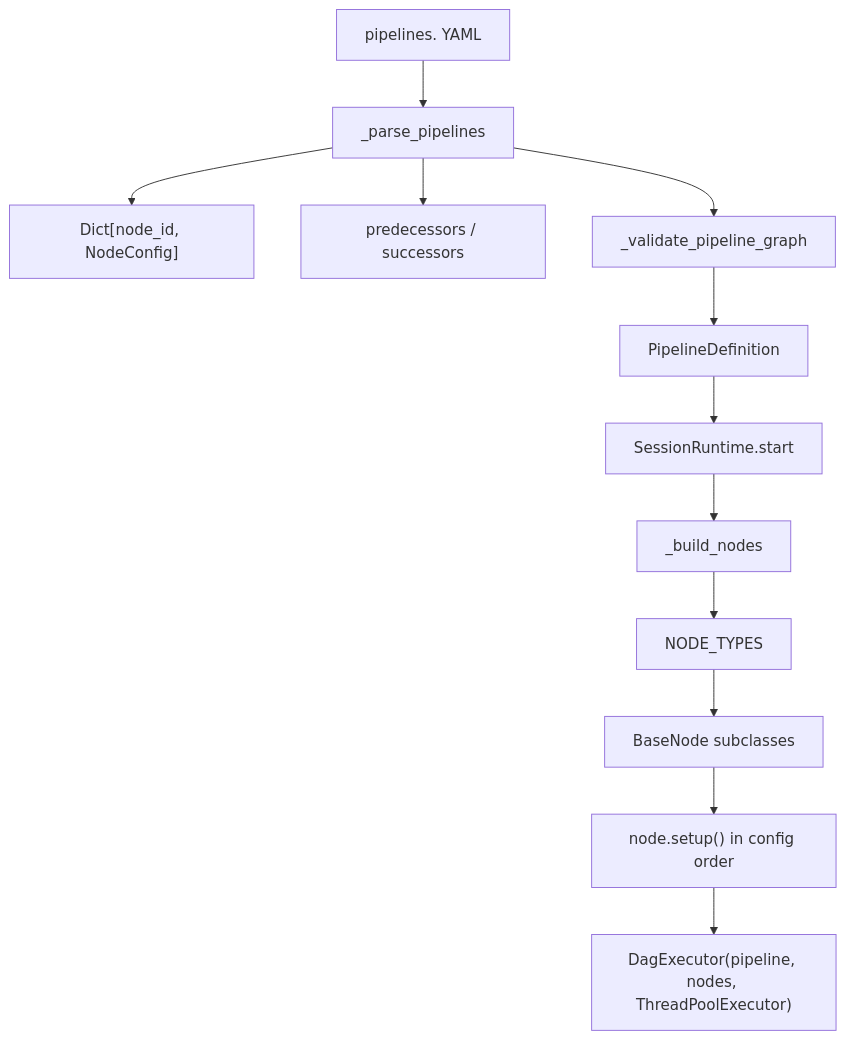
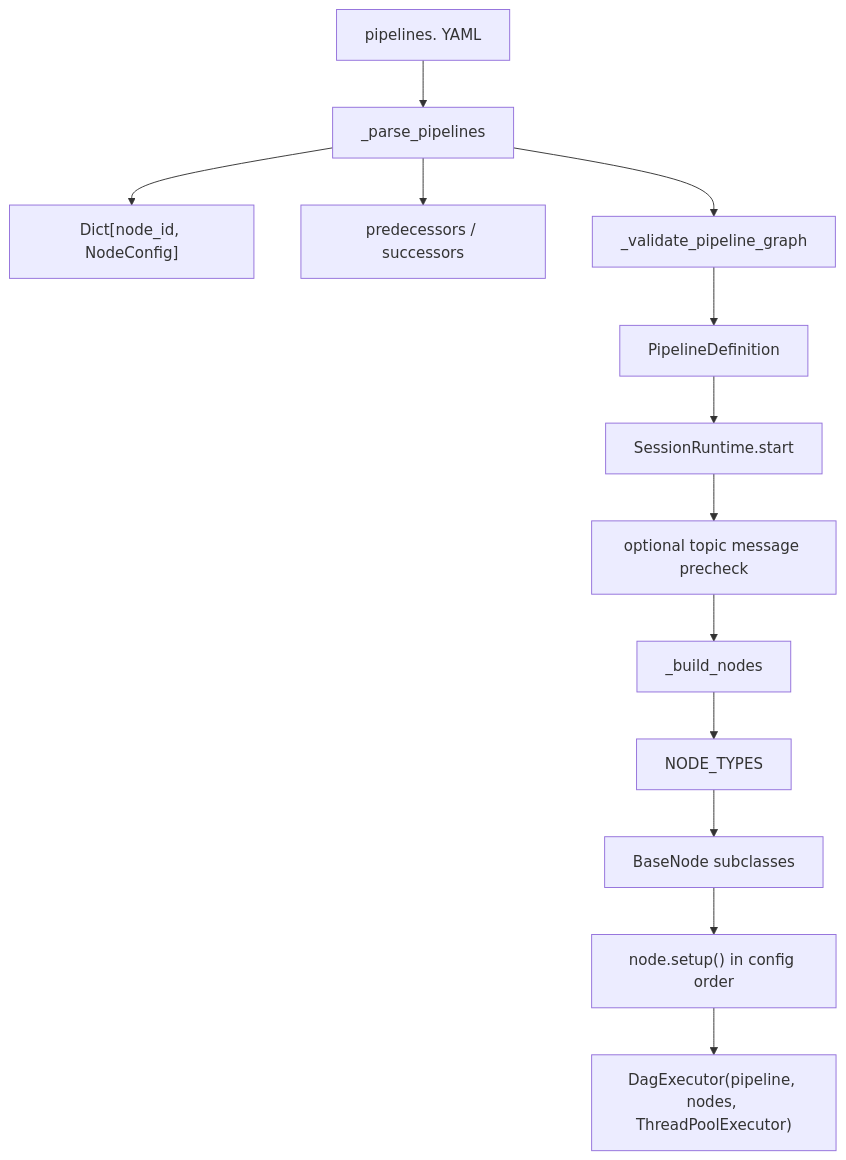
The third of 7 diagrams in docs/architecture.md (permanentchange/DataCollectDAG), drawn with Mermaid before and after one commit. The commit also changed other lines of this file and 9 other files, not shown here.

Commit message:
feat: add pipeline topic precheck

````diff
--- a/docs/architecture.md
+++ b/docs/architecture.md
@@ -245,14 +250,15 @@
 ```mermaid
 flowchart TD
   Yaml["pipelines.<name> YAML"] --> Parse["_parse_pipelines"]
   Parse --> NodeConfigs["Dict[node_id, NodeConfig]"]
   Parse --> Edges["predecessors / successors"]
   Parse --> Validate["_validate_pipeline_graph"]
   Validate --> PipelineDef["PipelineDefinition"]
   PipelineDef --> SessionStart["SessionRuntime.start"]
-  SessionStart --> Build["_build_nodes"]
+  SessionStart --> Precheck["optional topic message precheck"]
+  Precheck --> Build["_build_nodes"]
   Build --> Registry["NODE_TYPES"]
   Registry --> NodeInstances["BaseNode subclasses"]
   NodeInstances --> Setup["node.setup() in config order"]
   Setup --> Executor["DagExecutor(pipeline, nodes, ThreadPoolExecutor)"]
 ```
````
